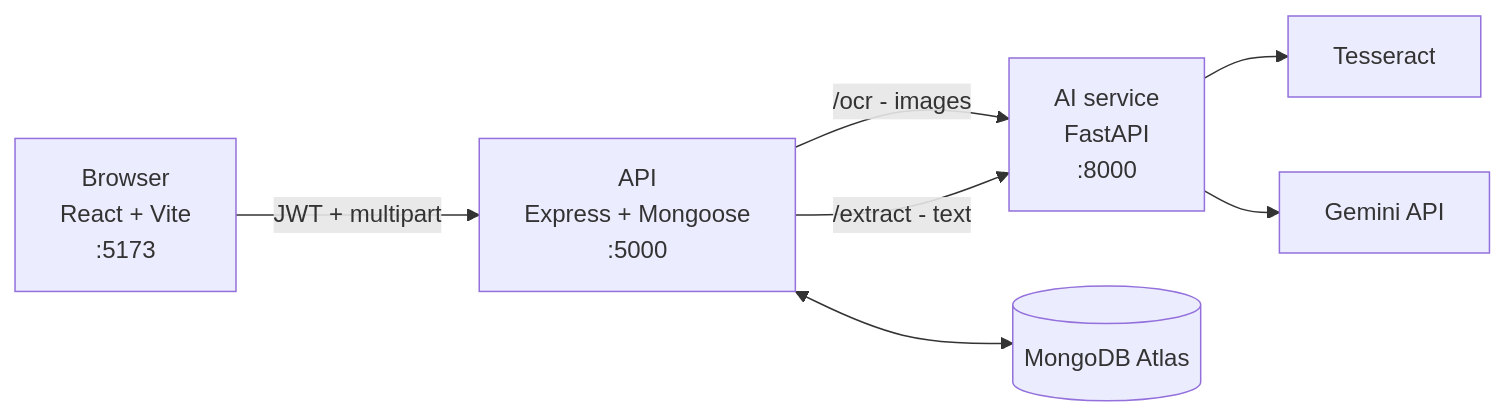
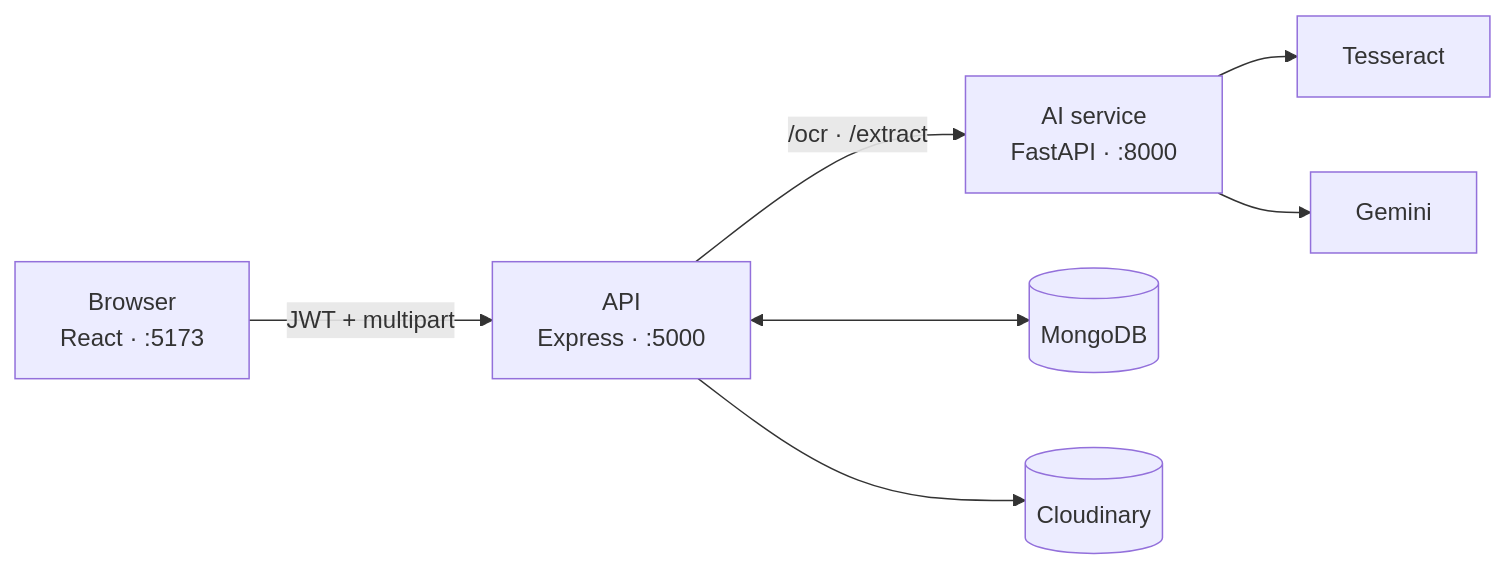
Before and after one commit to ishikabarnwal/Argus: the diagram in README.md, drawn with Mermaid. The commit also changed other lines of this file, not shown here.

````diff
--- a/README.md
+++ b/README.md
@@ -114,16 +63,17 @@
 ```mermaid
 flowchart LR
-    B["Browser<br/>React + Vite<br/>:5173"]
-    A["API<br/>Express + Mongoose<br/>:5000"]
-    P["AI service<br/>FastAPI<br/>:8000"]
-    M[("MongoDB Atlas")]
-    G["Gemini API"]
+    B["Browser<br/>React · :5173"]
+    A["API<br/>Express · :5000"]
+    P["AI service<br/>FastAPI · :8000"]
+    M[("MongoDB")]
+    C[("Cloudinary")]
+    G["Gemini"]
     T["Tesseract"]
 
     B -->|"JWT + multipart"| A
-    A -->|"/ocr - images"| P
-    A -->|"/extract - text"| P
+    A -->|"/ocr · /extract"| P
     A <--> M
+    A --> C
     P --> T
     P --> G
 ```
````
